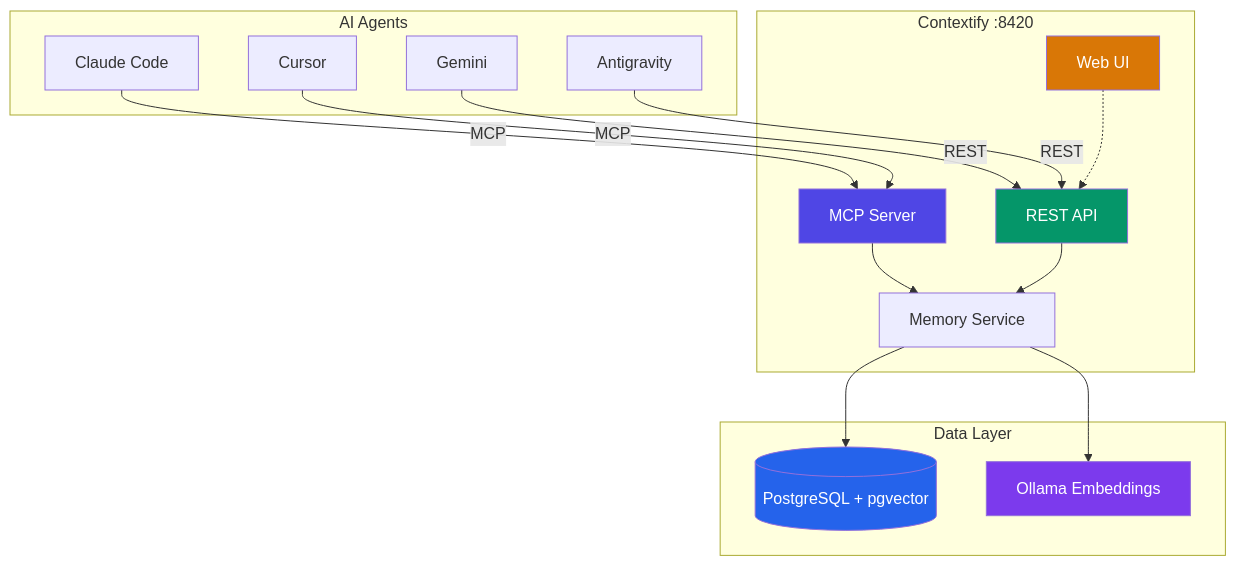
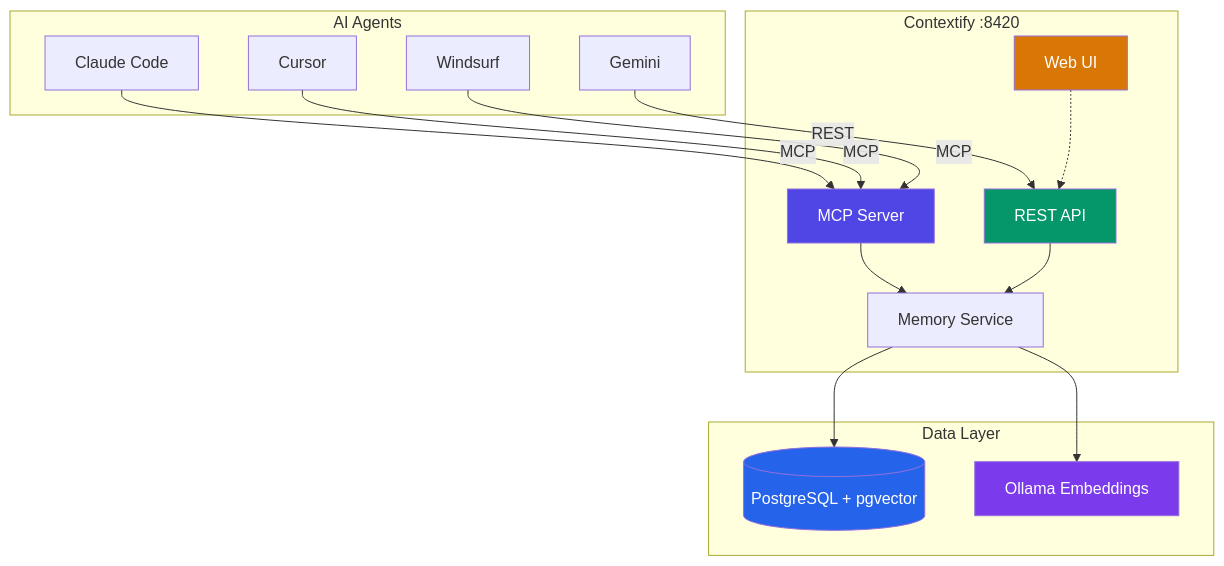
One commit to atakanatali/contextify changed the diagram in README.md. Above: the diagram before and after it, drawn with Mermaid. The commit also changed other lines of this file and 3 other files, not shown here.

````diff
--- a/README.md
+++ b/README.md
@@ -26,33 +26,33 @@
 ```mermaid
 graph TB
     subgraph Agents["AI Agents"]
         CC[Claude Code]
         CU[Cursor]
+        WS[Windsurf]
         GE[Gemini]
-        AG[Antigravity]
     end
 
     subgraph Contextify["Contextify :8420"]
         MCP[MCP Server]
         REST[REST API]
         WEB[Web UI]
         SVC[Memory Service]
     end
 
     subgraph Storage["Data Layer"]
         PG[(PostgreSQL + pgvector)]
         OL[Ollama Embeddings]
     end
 
-    CC & CU -->|MCP| MCP
-    GE & AG -->|REST| REST
+    CC & CU & WS -->|MCP| MCP
+    GE -->|REST| REST
     WEB -.-> REST
     MCP & REST --> SVC
     SVC --> PG & OL
 
     style MCP fill:#4f46e5,color:#fff
     style REST fill:#059669,color:#fff
     style WEB fill:#d97706,color:#fff
     style PG fill:#2563eb,color:#fff
     style OL fill:#7c3aed,color:#fff
 ```
````
